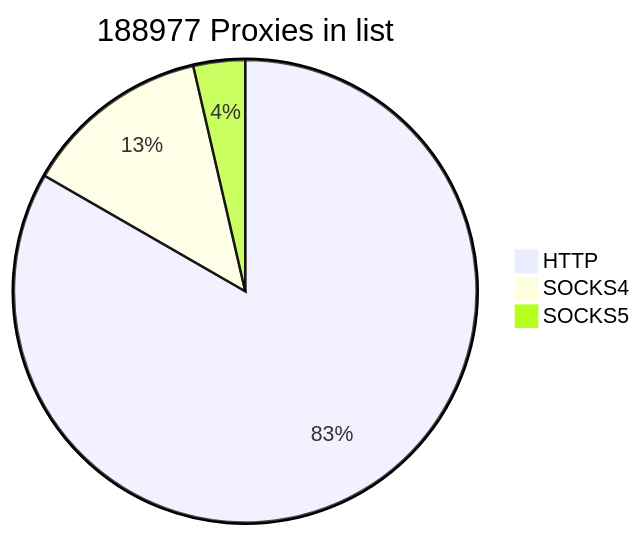
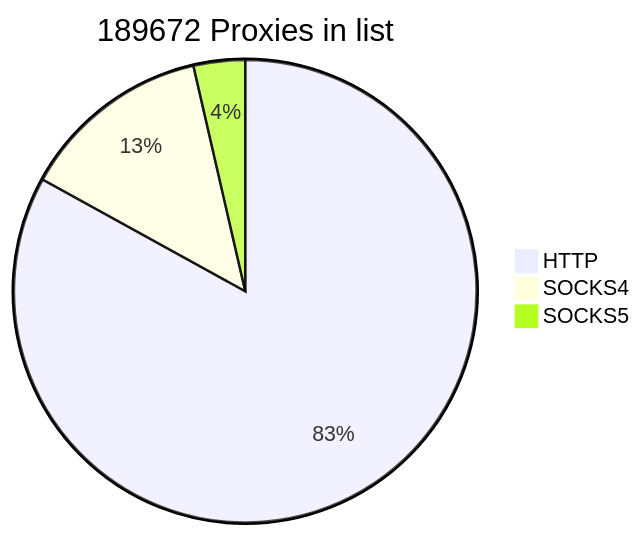
One commit to cutipu/proxylist changed the first of 2 diagrams in README.md. Above: the diagram before and after it, drawn with Mermaid. The commit also changed other lines of this file, not shown here.

````diff
--- a/README.md
+++ b/README.md
@@ -2,7 +2,7 @@
 ```mermaid
-pie title 188977 Proxies in list
-    "HTTP" : 157444
-    "SOCKS4" : 24707
+pie title 189672 Proxies in list
+    "HTTP" : 157467
+    "SOCKS4" : 25379
     "SOCKS5" : 6826
             
 ```
````
